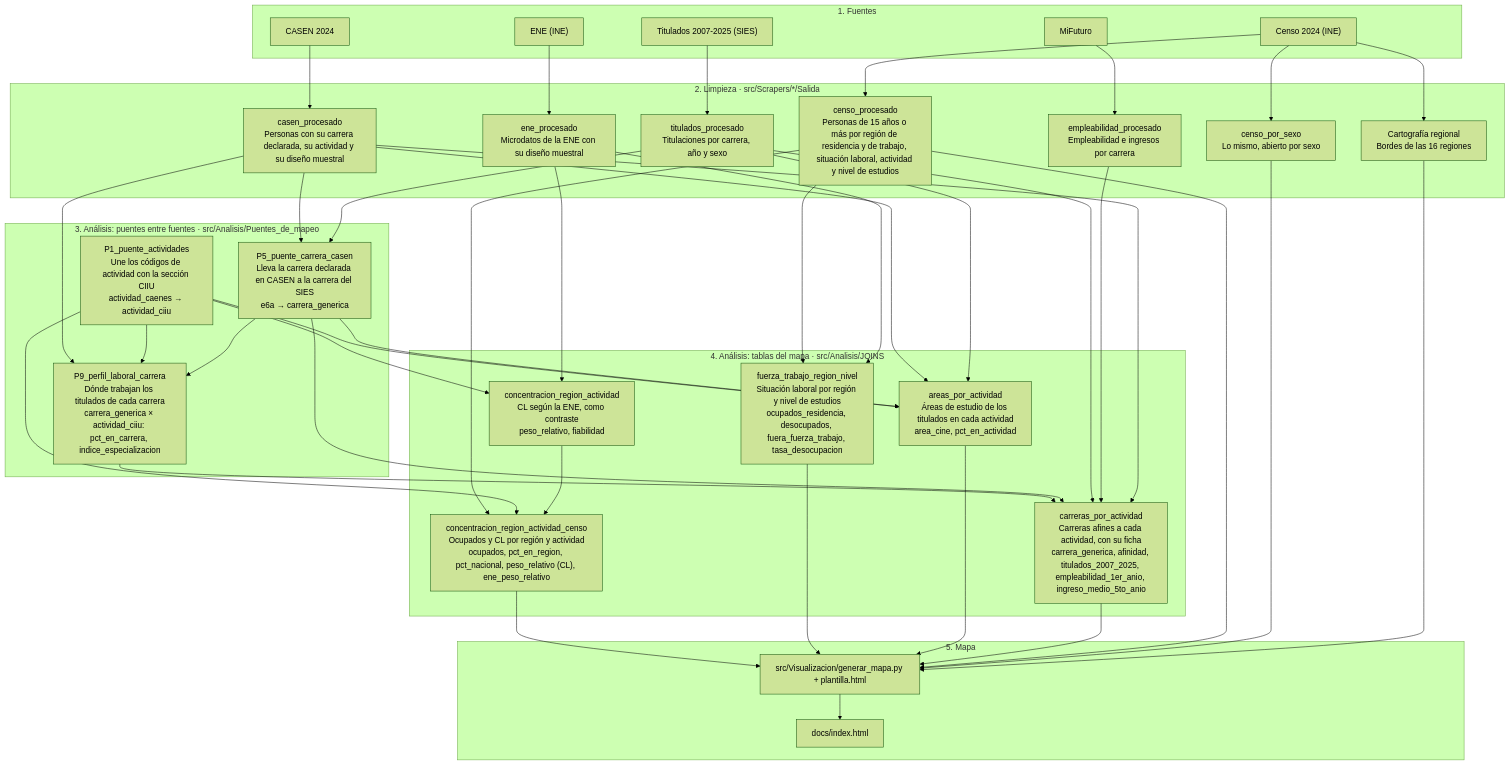
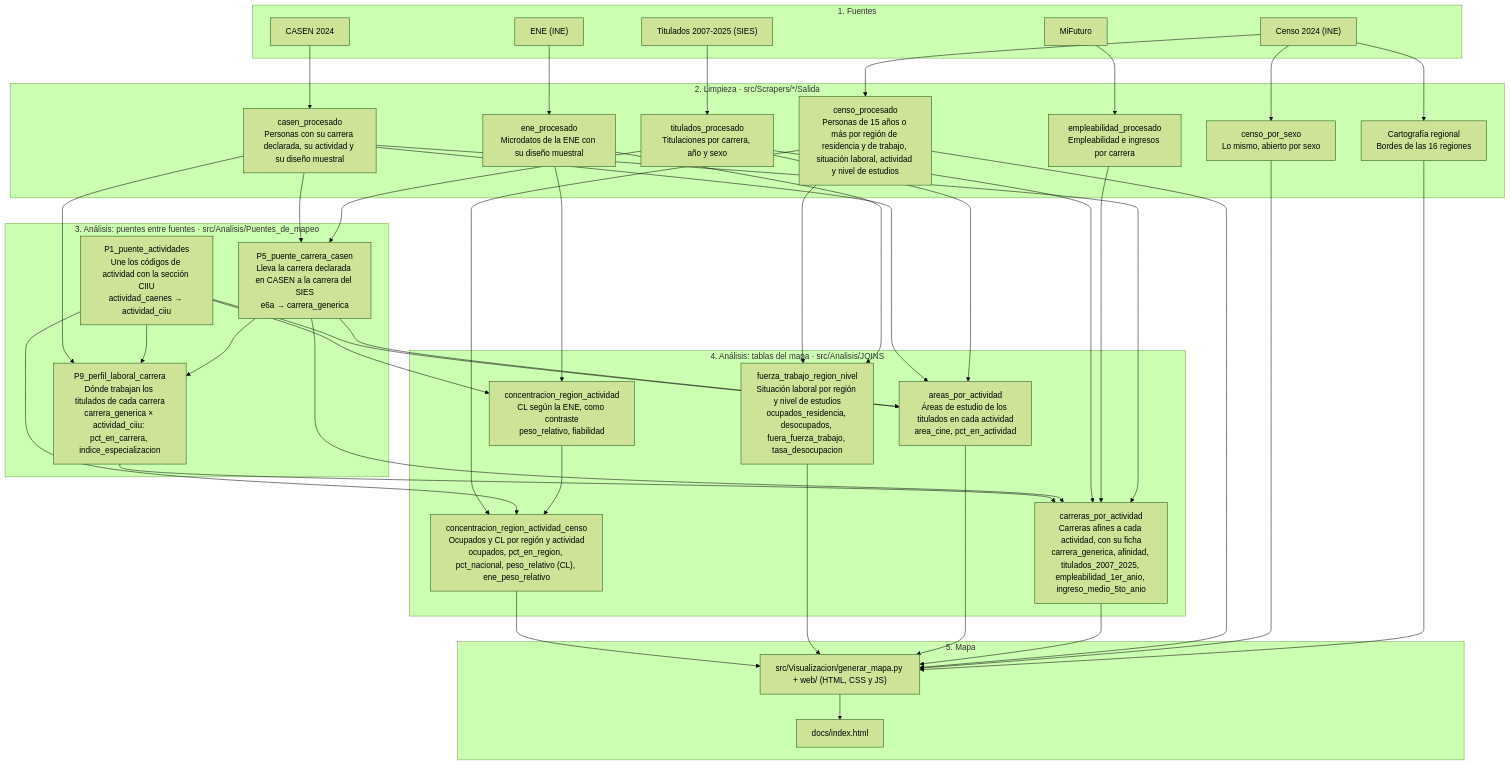
One commit to joaomunoz/mapa-laboral-chile changed the diagram in README.md. Above: the diagram before and after it, drawn with Mermaid (forest theme). The commit also changed other lines of this file and 20 other files, not shown here.

First line of the commit message:
Separa la página del mapa en HTML, CSS y JS

````diff
--- a/README.md
+++ b/README.md
@@ -57,57 +57,57 @@
 ```mermaid
 flowchart TD
   subgraph F["1. Fuentes"]
     censo["Censo 2024 (INE)"]
     ene["ENE (INE)"]
     casen["CASEN 2024"]
     sies["Titulados 2007-2025 (SIES)"]
     mifuturo["MiFuturo"]
   end
 
   subgraph L["2. Limpieza · src/Scrapers/*/Salida"]
     cp["censo_procesado<br>Personas de 15 años o más por región de residencia y de trabajo, situación laboral, actividad y nivel de estudios"]
     cs["censo_por_sexo<br>Lo mismo, abierto por sexo"]
     geo["Cartografía regional<br>Bordes de las 16 regiones"]
     ep["ene_procesado<br>Microdatos de la ENE con su diseño muestral"]
     kp["casen_procesado<br>Personas con su carrera declarada, su actividad y su diseño muestral"]
     tp["titulados_procesado<br>Titulaciones por carrera, año y sexo"]
     mp["empleabilidad_procesado<br>Empleabilidad e ingresos por carrera"]
   end
 
   subgraph P["3. Análisis: puentes entre fuentes · src/Analisis/Puentes_de_mapeo"]
     p1["P1_puente_actividades<br>Une los códigos de actividad con la sección CIIU<br>actividad_caenes → actividad_ciiu"]
     p5["P5_puente_carrera_casen<br>Lleva la carrera declarada en CASEN a la carrera del SIES<br>e6a → carrera_generica"]
     p9["P9_perfil_laboral_carrera<br>Dónde trabajan los titulados de cada carrera<br>carrera_generica × actividad_ciiu: pct_en_carrera, indice_especializacion"]
   end
 
   subgraph J["4. Análisis: tablas del mapa · src/Analisis/JOINS"]
     je["concentracion_region_actividad<br>CL según la ENE, como contraste<br>peso_relativo, fiabilidad"]
     jc["concentracion_region_actividad_censo<br>Ocupados y CL por región y actividad<br>ocupados, pct_en_region, pct_nacional, peso_relativo (CL), ene_peso_relativo"]
     jn["fuerza_trabajo_region_nivel<br>Situación laboral por región y nivel de estudios<br>ocupados_residencia, desocupados, fuera_fuerza_trabajo, tasa_desocupacion"]
     ja["areas_por_actividad<br>Áreas de estudio de los titulados en cada actividad<br>area_cine, pct_en_actividad"]
     jk["carreras_por_actividad<br>Carreras afines a cada actividad, con su ficha<br>carrera_generica, afinidad, titulados_2007_2025, empleabilidad_1er_anio, ingreso_medio_5to_anio"]
   end
 
   subgraph M["5. Mapa"]
-    gen["src/Visualizacion/generar_mapa.py + plantilla.html"]
+    gen["src/Visualizacion/generar_mapa.py + web/ (HTML, CSS y JS)"]
     out["docs/index.html"]
   end
 
   censo --> cp & cs & geo
   ene --> ep
   casen --> kp
   sies --> tp
   mifuturo --> mp
 
   kp & tp --> p5
   kp & p1 & p5 --> p9
 
   ep & p1 --> je
   cp & p1 & je --> jc
   cp & ep --> jn
   kp & p1 & p5 & tp --> ja
   p9 & p5 & tp & mp & kp --> jk
 
   jc & jn & ja & jk & cp & cs & geo --> gen
   gen --> out
 ```
````
